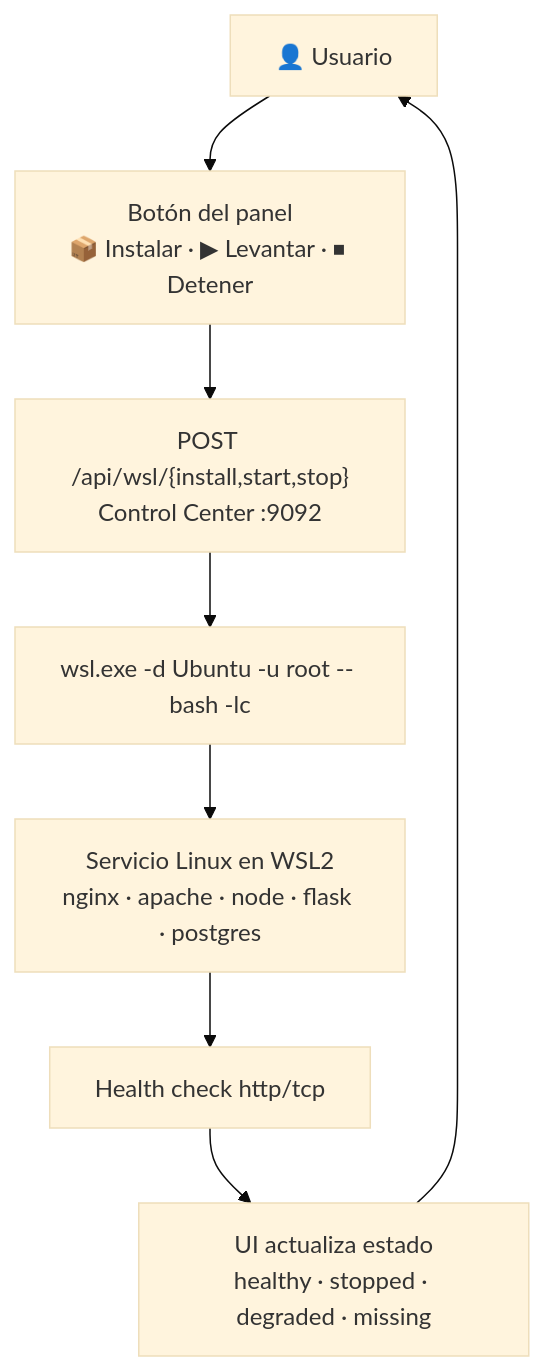
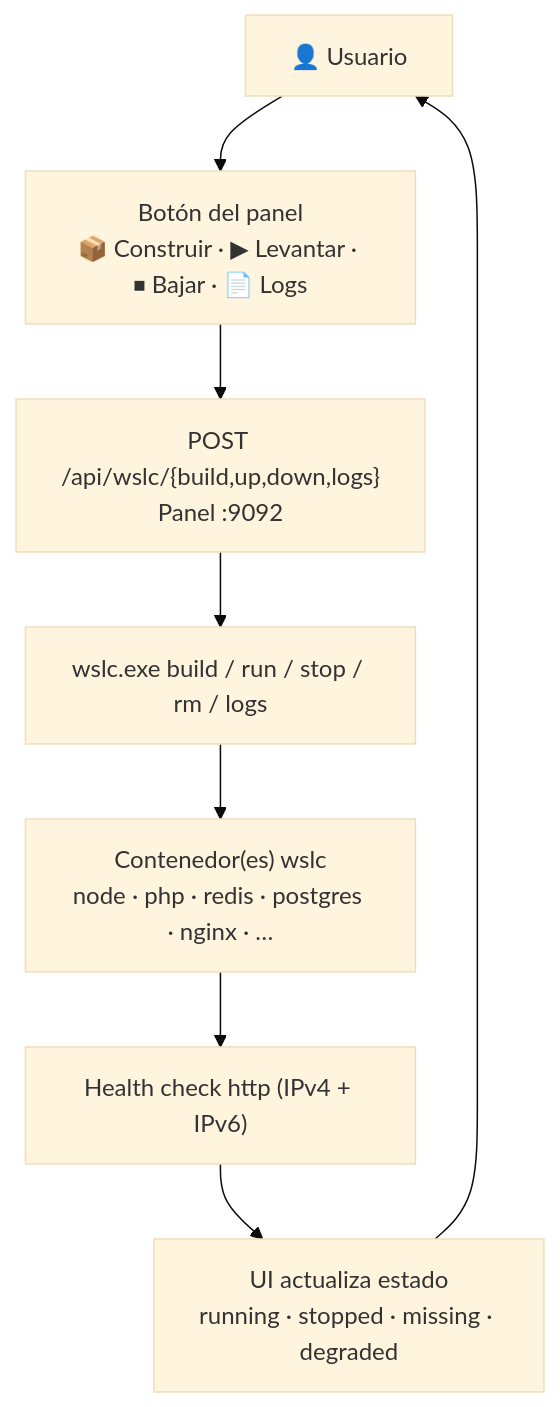
The diagram in docs/USER_MANUAL.md (vladimiracunadev-create/wsl-labs), drawn with Mermaid (base theme) before and after one commit. The commit also changed other lines of this file and 90 other files, not shown here.

````diff
--- a/docs/USER_MANUAL.md
+++ b/docs/USER_MANUAL.md
@@ -17,10 +17,10 @@
 ```mermaid
 flowchart TD
-    U["👤 Usuario"] --> BTN["Botón del panel<br/>📦 Instalar · ▶ Levantar · ⏹ Detener"]
-    BTN --> API["POST /api/wsl/{install,start,stop}<br/>Control Center :9092"]
-    API --> WSLEXE["wsl.exe -d Ubuntu -u root -- bash -lc"]
-    WSLEXE --> SVC["Servicio Linux en WSL2<br/>nginx · apache · node · flask · postgres"]
-    SVC --> HEALTH["Health check http/tcp"]
-    HEALTH --> UI["UI actualiza estado<br/>healthy · stopped · degraded · missing"]
+    U["👤 Usuario"] --> BTN["Botón del panel<br/>📦 Construir · ▶ Levantar · ⏹ Bajar · 📄 Logs"]
+    BTN --> API["POST /api/wslc/{build,up,down,logs}<br/>Panel :9092"]
+    API --> WSLC["wslc.exe build / run / stop / rm / logs"]
+    WSLC --> CT["Contenedor(es) wslc<br/>node · php · redis · postgres · nginx · …"]
+    CT --> HEALTH["Health check http (IPv4 + IPv6)"]
+    HEALTH --> UI["UI actualiza estado<br/>running · stopped · missing · degraded"]
     UI --> U
 ```
````
